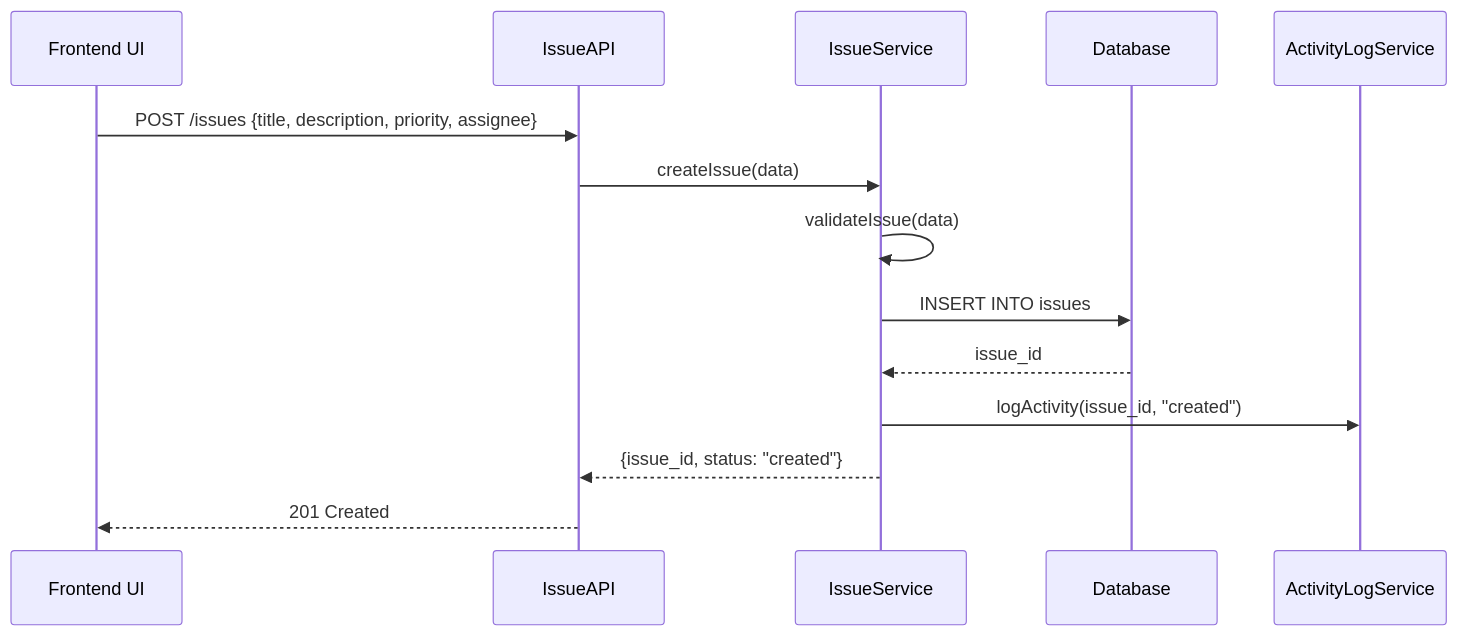
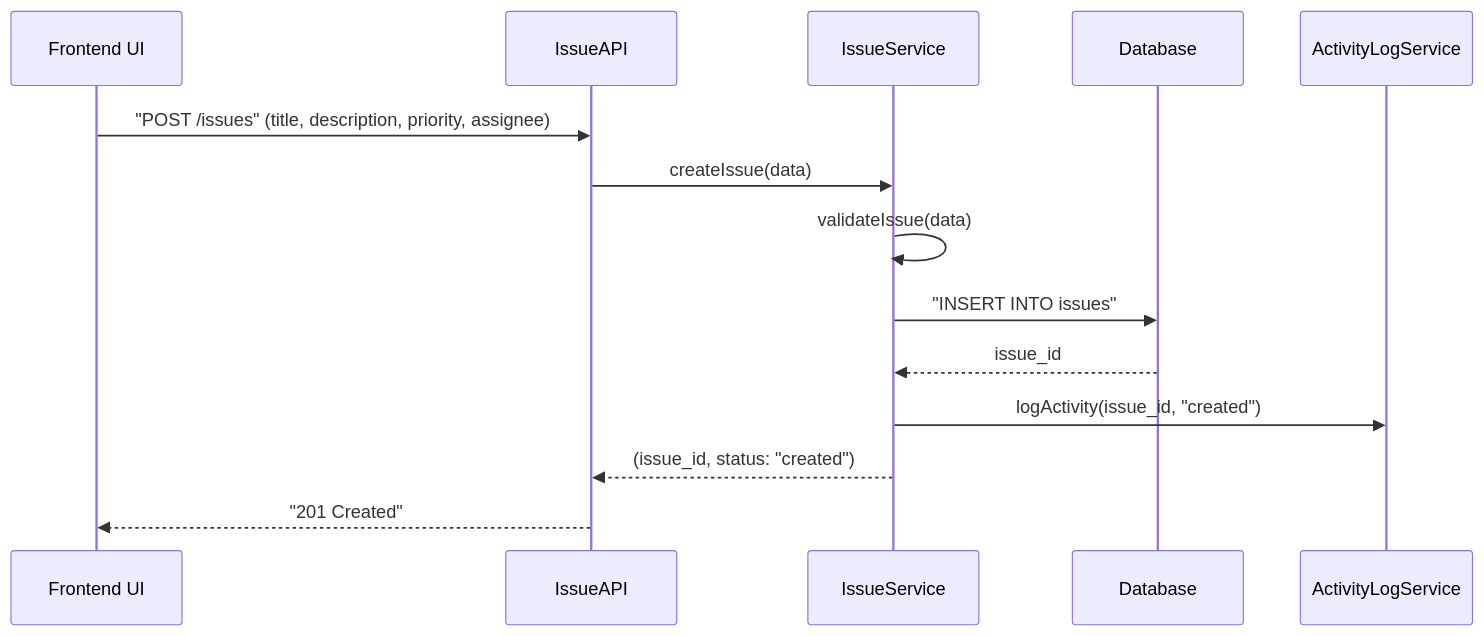
One commit to robinseo/afk-mod changed the second of 2 diagrams in agents/cto.md. Above: the diagram before and after it, drawn with Mermaid. The commit also changed other lines of this file and 11 other files, not shown here.

````diff
--- a/agents/cto.md
+++ b/agents/cto.md
@@ -115,17 +115,17 @@
 ```mermaid
 sequenceDiagram
     participant UI as Frontend UI
     participant API as IssueAPI
     participant SVC as IssueService
     participant DB as Database
     participant LOG as ActivityLogService
 
-    UI->>API: POST /issues {title, description, priority, assignee}
+    UI->>API: "POST /issues" (title, description, priority, assignee)
     API->>SVC: createIssue(data)
     SVC->>SVC: validateIssue(data)
-    SVC->>DB: INSERT INTO issues
+    SVC->>DB: "INSERT INTO issues"
     DB-->>SVC: issue_id
     SVC->>LOG: logActivity(issue_id, "created")
-    SVC-->>API: {issue_id, status: "created"}
-    API-->>UI: 201 Created
+    SVC-->>API: (issue_id, status: "created")
+    API-->>UI: "201 Created"
 ```
````
